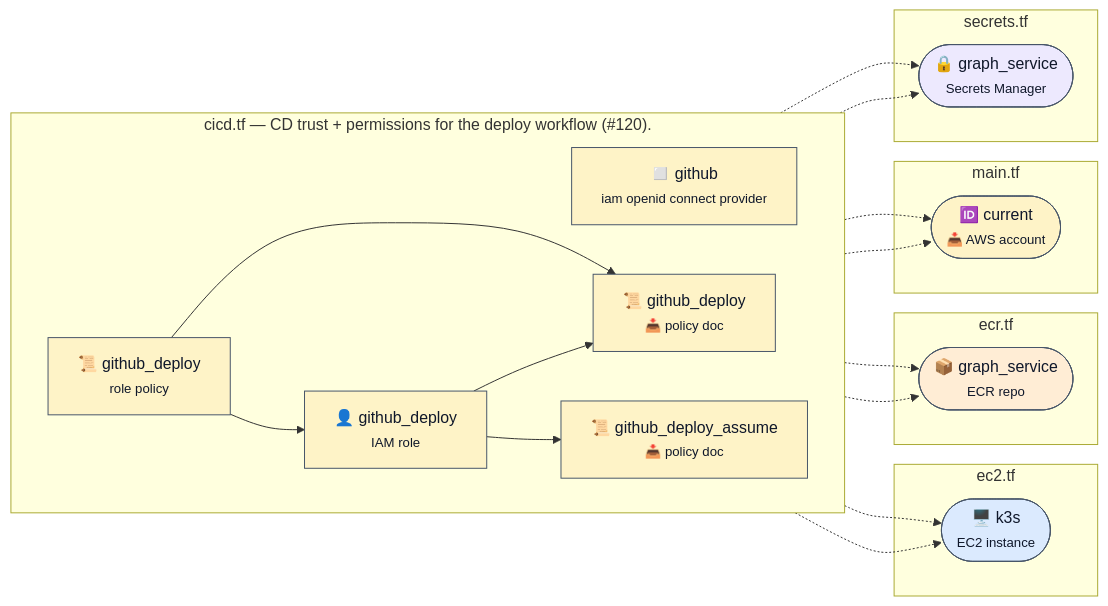
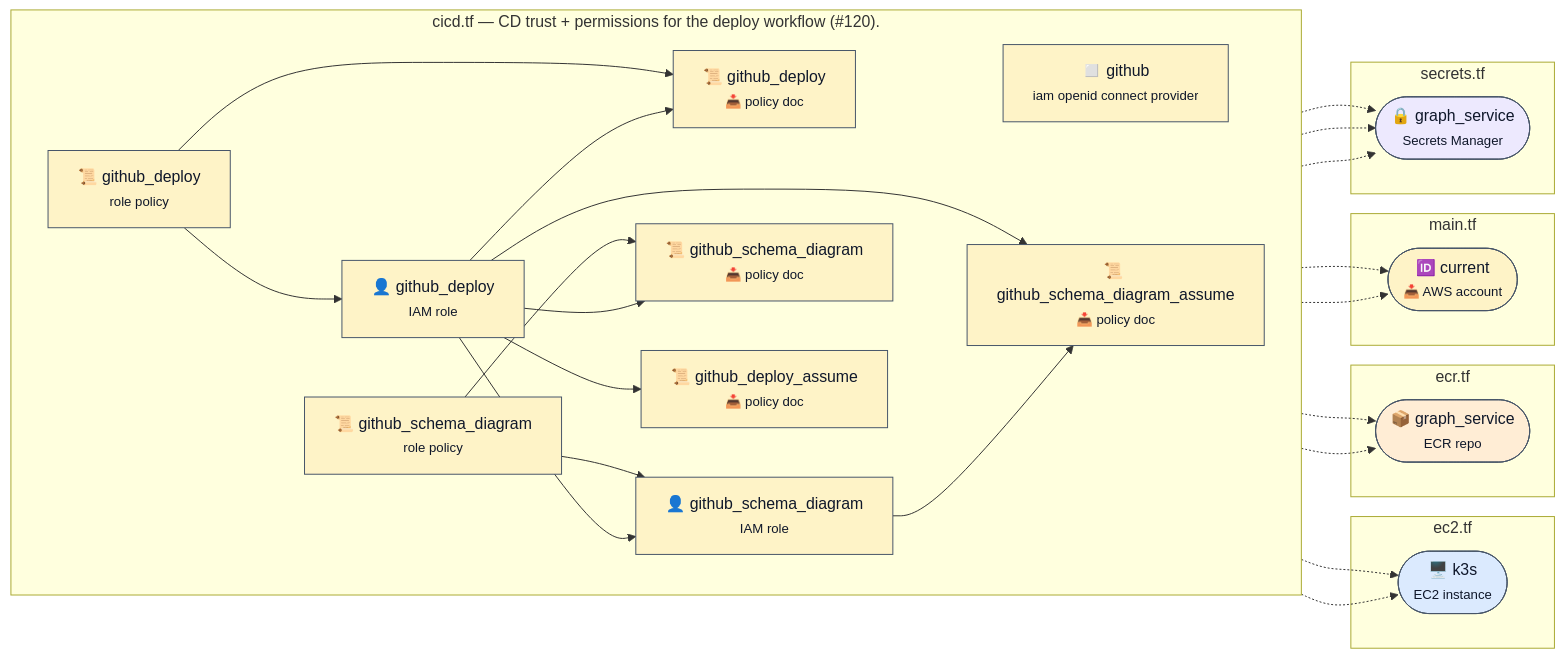
Before and after one commit to macamp0328/liner-notes: the diagram in infra/diagrams/per-file/cicd.mmd, drawn with Mermaid. The commit also changed 6 other files, not shown here.

First line of the commit message:
feat(schema-diagram): scheduled refresh-PR workflow + read-only OIDC role (PR 3/4) (#405)

```diff
--- a/infra/diagrams/per-file/cicd.mmd
+++ b/infra/diagrams/per-file/cicd.mmd
@@ -1,39 +1,50 @@
 %% Auto-generated by scripts/diagrams/generate.ts — do not edit by hand.
 %% Source: infra/terraform/cicd.tf
 flowchart LR
   classDef compute fill:#dbeafe,stroke:#475569,color:#0f172a
   classDef iam fill:#fef3c7,stroke:#475569,color:#0f172a
   classDef secrets fill:#ede9fe,stroke:#475569,color:#0f172a
   classDef storage fill:#ffedd5,stroke:#475569,color:#0f172a
   subgraph this["cicd.tf — CD trust + permissions for the deploy workflow (#120)."]
     direction LR
     aws_iam_openid_connect_provider_github["◻️ github<br/><small>iam openid connect provider</small>"]:::iam
     data_aws_iam_policy_document_github_deploy_assume["📜 github_deploy_assume<br/><small>📥 policy doc</small>"]:::iam
     aws_iam_role_github_deploy["👤 github_deploy<br/><small>IAM role</small>"]:::iam
     data_aws_iam_policy_document_github_deploy["📜 github_deploy<br/><small>📥 policy doc</small>"]:::iam
     aws_iam_role_policy_github_deploy["📜 github_deploy<br/><small>role policy</small>"]:::iam
+    data_aws_iam_policy_document_github_schema_diagram_assume["📜 github_schema_diagram_assume<br/><small>📥 policy doc</small>"]:::iam
+    aws_iam_role_github_schema_diagram["👤 github_schema_diagram<br/><small>IAM role</small>"]:::iam
+    data_aws_iam_policy_document_github_schema_diagram["📜 github_schema_diagram<br/><small>📥 policy doc</small>"]:::iam
+    aws_iam_role_policy_github_schema_diagram["📜 github_schema_diagram<br/><small>role policy</small>"]:::iam
   end
   subgraph ext_ec2_tf["ec2.tf"]
     aws_instance_k3s(["🖥️ k3s<br/><small>EC2 instance</small>"]):::compute
   end
   subgraph ext_ecr_tf["ecr.tf"]
     aws_ecr_repository_graph_service(["📦 graph_service<br/><small>ECR repo</small>"]):::storage
   end
   subgraph ext_main_tf["main.tf"]
     data_aws_caller_identity_current(["🆔 current<br/><small>📥 AWS account</small>"]):::iam
   end
   subgraph ext_secrets_tf["secrets.tf"]
     aws_secretsmanager_secret_graph_service(["🔒 graph_service<br/><small>Secrets Manager</small>"]):::secrets
   end
   aws_iam_role_policy_github_deploy --> aws_iam_role_github_deploy
   aws_iam_role_policy_github_deploy --> data_aws_iam_policy_document_github_deploy
+  aws_iam_role_policy_github_schema_diagram --> aws_iam_role_github_schema_diagram
+  aws_iam_role_policy_github_schema_diagram --> data_aws_iam_policy_document_github_schema_diagram
   aws_iam_role_github_deploy -.-> aws_ecr_repository_graph_service
+  aws_iam_role_github_deploy --> aws_iam_role_github_schema_diagram
   aws_iam_role_github_deploy -.-> aws_instance_k3s
   aws_iam_role_github_deploy -.-> aws_secretsmanager_secret_graph_service
   aws_iam_role_github_deploy -.-> data_aws_caller_identity_current
   aws_iam_role_github_deploy --> data_aws_iam_policy_document_github_deploy
   aws_iam_role_github_deploy --> data_aws_iam_policy_document_github_deploy_assume
+  aws_iam_role_github_deploy --> data_aws_iam_policy_document_github_schema_diagram
+  aws_iam_role_github_deploy --> data_aws_iam_policy_document_github_schema_diagram_assume
+  aws_iam_role_github_schema_diagram --> data_aws_iam_policy_document_github_schema_diagram_assume
   data_aws_iam_policy_document_github_deploy -.-> aws_ecr_repository_graph_service
   data_aws_iam_policy_document_github_deploy -.-> aws_instance_k3s
   data_aws_iam_policy_document_github_deploy -.-> aws_secretsmanager_secret_graph_service
   data_aws_iam_policy_document_github_deploy -.-> data_aws_caller_identity_current
+  data_aws_iam_policy_document_github_schema_diagram -.-> aws_secretsmanager_secret_graph_service
```
